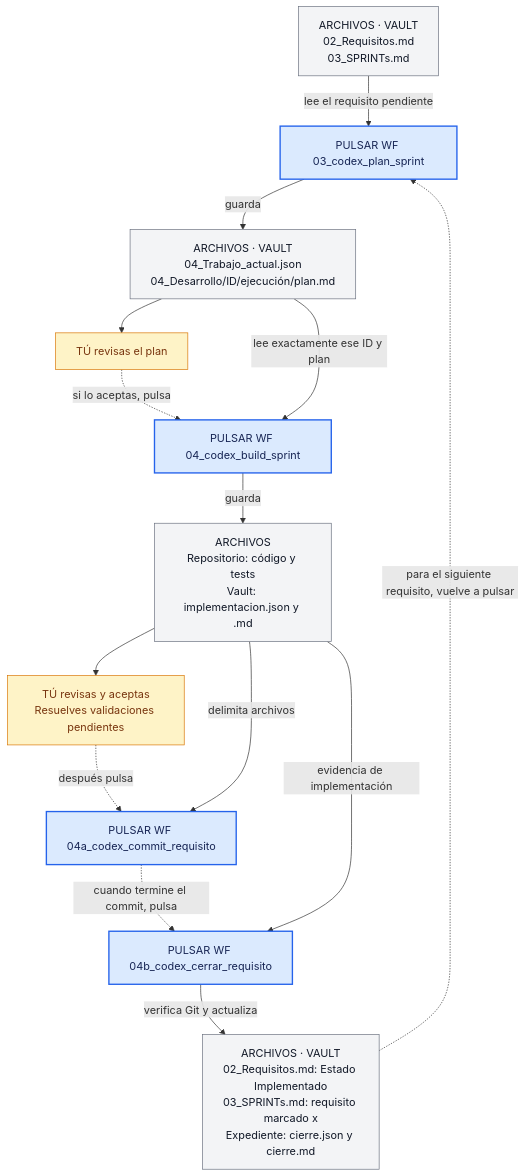
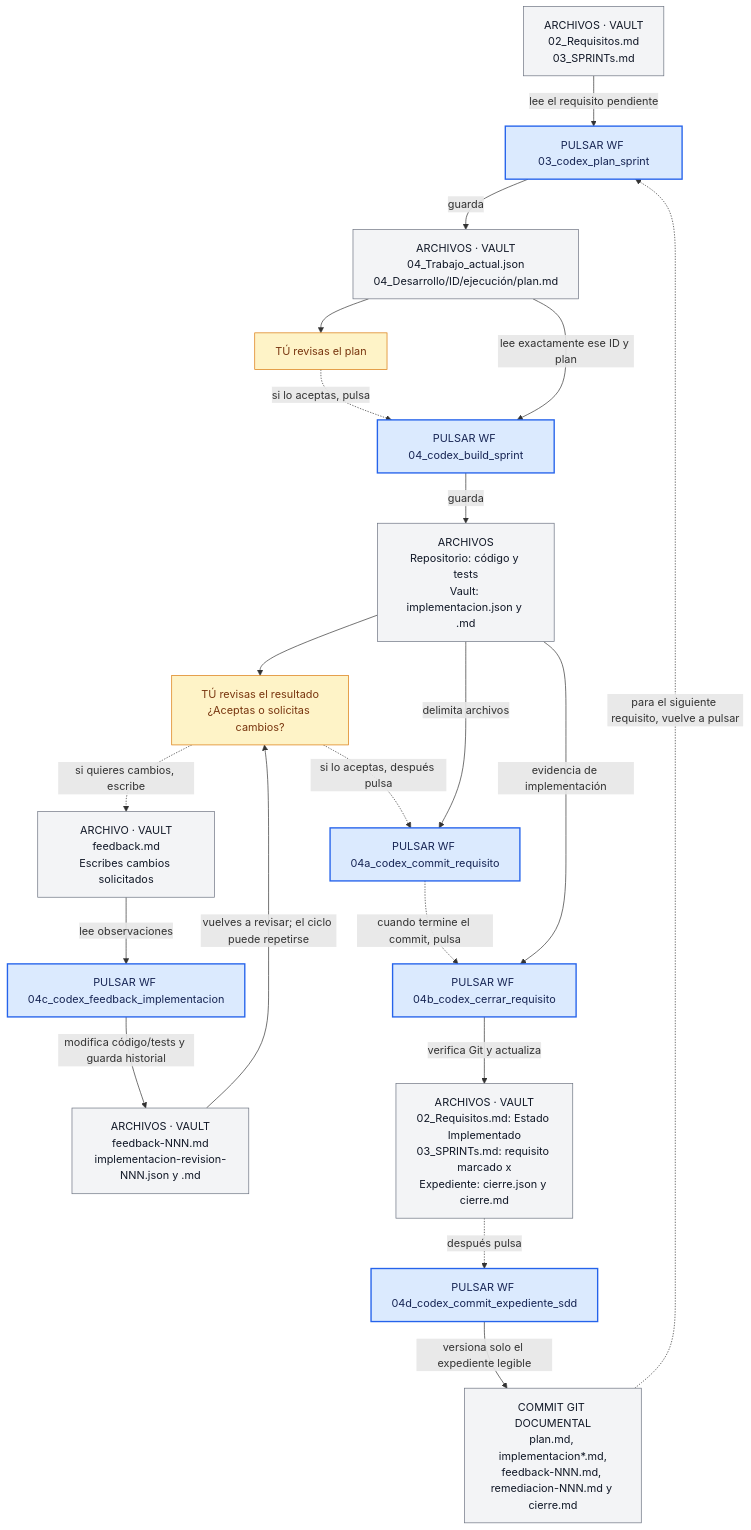
Before and after one commit to juanpega/AutoOC_obisdian_extension: the diagram in library/sdlc-codex-background-app.README.md, drawn with Mermaid. The commit also changed other lines of this file and 56 other files, not shown here.

````diff
--- a/library/sdlc-codex-background-app.README.md
+++ b/library/sdlc-codex-background-app.README.md
@@ -33,31 +39,42 @@
 ```mermaid
 flowchart TD
     classDef button fill:#dbeafe,stroke:#2563eb,stroke-width:2px,color:#172554
     classDef file fill:#f3f4f6,stroke:#6b7280,color:#111827
     classDef person fill:#fef3c7,stroke:#d97706,color:#78350f
 
     SOURCE["ARCHIVOS · VAULT<br/>02_Requisitos.md<br/>03_SPRINTs.md"]:::file
     PLAN["PULSAR WF 03_codex_plan_sprint"]:::button
     PLANFILE["ARCHIVOS · VAULT<br/>04_Trabajo_actual.json<br/>04_Desarrollo/ID/ejecución/plan.md"]:::file
     REVIEWPLAN["TÚ revisas el plan"]:::person
     BUILD["PULSAR WF 04_codex_build_sprint"]:::button
     RESULT["ARCHIVOS<br/>Repositorio: código y tests<br/>Vault: implementacion.json y .md"]:::file
-    ACCEPT["TÚ revisas y aceptas<br/>Resuelves validaciones pendientes"]:::person
+    ACCEPT["TÚ revisas el resultado<br/>¿Aceptas o solicitas cambios?"]:::person
+    FEEDBACKFILE["ARCHIVO · VAULT<br/>feedback.md<br/>Escribes cambios solicitados"]:::file
+    FEEDBACK["PULSAR WF 04c_codex_feedback_implementacion"]:::button
+    REVISION["ARCHIVOS · VAULT<br/>feedback-NNN.md<br/>implementacion-revision-NNN.json y .md"]:::file
     COMMIT["PULSAR WF 04a_codex_commit_requisito"]:::button
     CLOSE["PULSAR WF 04b_codex_cerrar_requisito"]:::button
     HISTORY["ARCHIVOS · VAULT<br/>02_Requisitos.md: Estado Implementado<br/>03_SPRINTs.md: requisito marcado x<br/>Expediente: cierre.json y cierre.md"]:::file
+    SDDCOMMIT["PULSAR WF 04d_codex_commit_expediente_sdd"]:::button
+    GITHISTORY["COMMIT GIT DOCUMENTAL<br/>plan.md, implementacion*.md,<br/>feedback-NNN.md, remediacion-NNN.md y cierre.md"]:::file
 
     SOURCE -->|"lee el requisito pendiente"| PLAN
     PLAN -->|"guarda"| PLANFILE
     PLANFILE --> REVIEWPLAN
     REVIEWPLAN -.->|"si lo aceptas, pulsa"| BUILD
     PLANFILE -->|"lee exactamente ese ID y plan"| BUILD
     BUILD -->|"guarda"| RESULT
     RESULT --> ACCEPT
-    ACCEPT -.->|"después pulsa"| COMMIT
+    ACCEPT -.->|"si quieres cambios, escribe"| FEEDBACKFILE
+    FEEDBACKFILE -->|"lee observaciones"| FEEDBACK
+    FEEDBACK -->|"modifica código/tests y guarda historial"| REVISION
+    REVISION -->|"vuelves a revisar; el ciclo puede repetirse"| ACCEPT
+    ACCEPT -.->|"si lo aceptas, después pulsa"| COMMIT
     RESULT -->|"delimita archivos"| COMMIT
     COMMIT -.->|"cuando termine el commit, pulsa"| CLOSE
     RESULT -->|"evidencia de implementación"| CLOSE
     CLOSE -->|"verifica Git y actualiza"| HISTORY
-    HISTORY -.->|"para el siguiente requisito, vuelve a pulsar"| PLAN
+    HISTORY -.->|"después pulsa"| SDDCOMMIT
+    SDDCOMMIT -->|"versiona solo el expediente legible"| GITHISTORY
+    GITHISTORY -.->|"para el siguiente requisito, vuelve a pulsar"| PLAN
 ```
````
